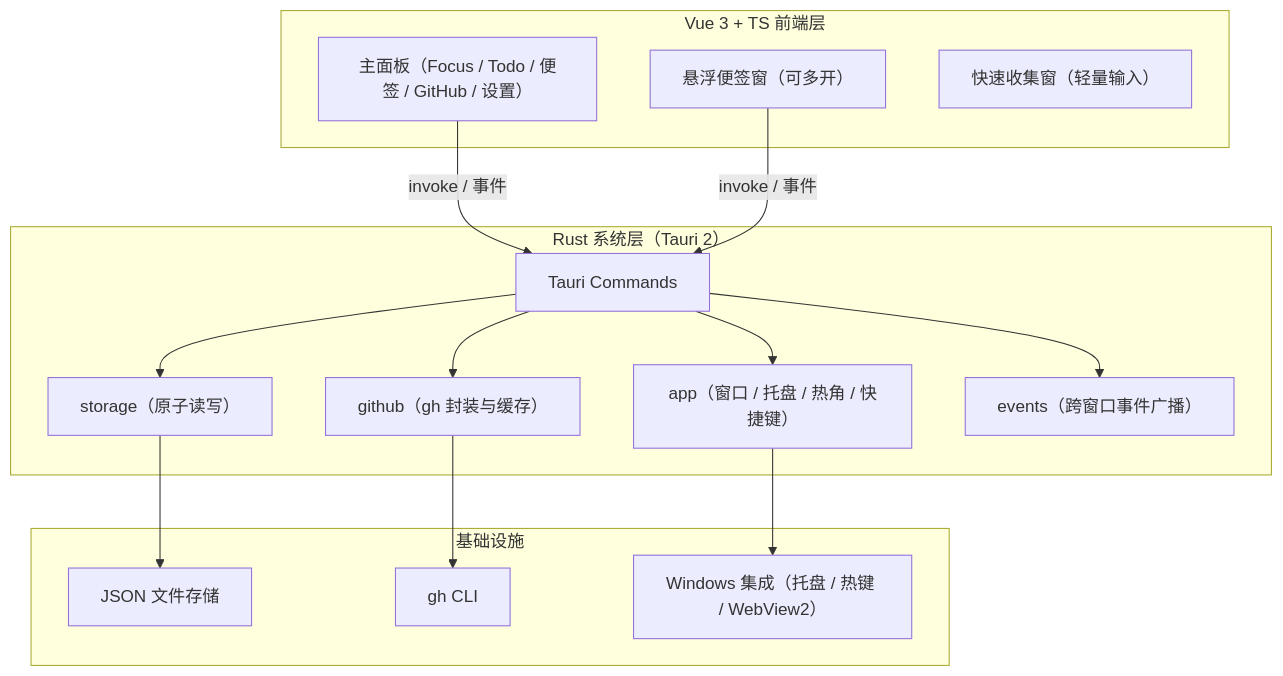
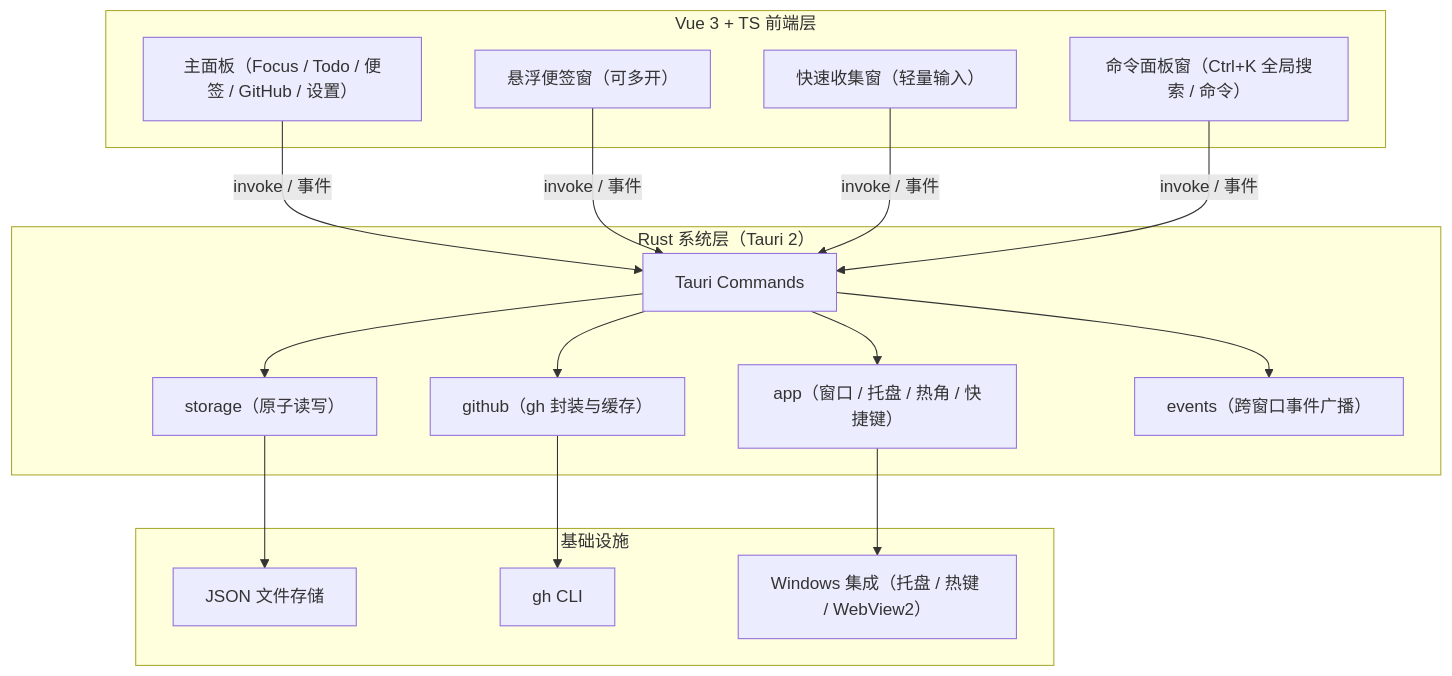
One commit to wynxing/MayDolist changed the first of 4 diagrams in docs/architecture.md. Above: the diagram before and after it, drawn with Mermaid. The commit also changed other lines of this file and 21 other files, not shown here.

````diff
--- a/docs/architecture.md
+++ b/docs/architecture.md
@@ -76,32 +76,35 @@
 ```mermaid
 flowchart TB
     subgraph UI["Vue 3 + TS 前端层"]
         Main["主面板（Focus / Todo / 便签 / GitHub / 设置）"]
         Note["悬浮便签窗（可多开）"]
         Quick["快速收集窗（轻量输入）"]
+        Palette["命令面板窗（Ctrl+K 全局搜索 / 命令）"]
     end
 
     subgraph Rust["Rust 系统层（Tauri 2）"]
         Cmd["Tauri Commands"]
         App["app（窗口 / 托盘 / 热角 / 快捷键）"]
         Store["storage（原子读写）"]
         Gh["github（gh 封装与缓存）"]
         Evt["events（跨窗口事件广播）"]
     end
 
     subgraph Infra["基础设施"]
         FS["JSON 文件存储"]
         GhCli["gh CLI"]
         OS["Windows 集成（托盘 / 热键 / WebView2）"]
     end
 
     Main -->|invoke / 事件| Cmd
     Note -->|invoke / 事件| Cmd
+    Quick -->|invoke / 事件| Cmd
+    Palette -->|invoke / 事件| Cmd
     Cmd --> App
     Cmd --> Store
     Cmd --> Gh
     Cmd --> Evt
     Store --> FS
     Gh --> GhCli
     App --> OS
 ```
````
